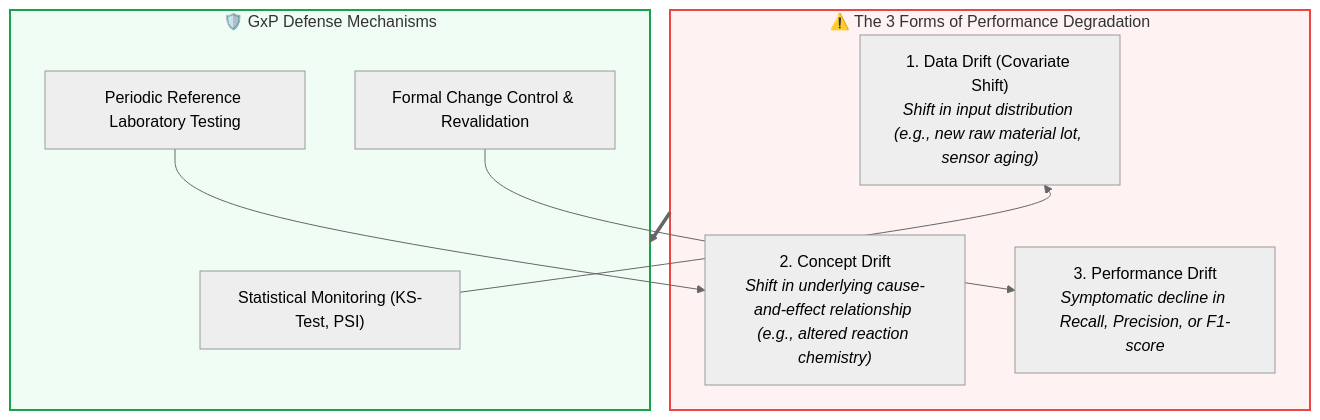
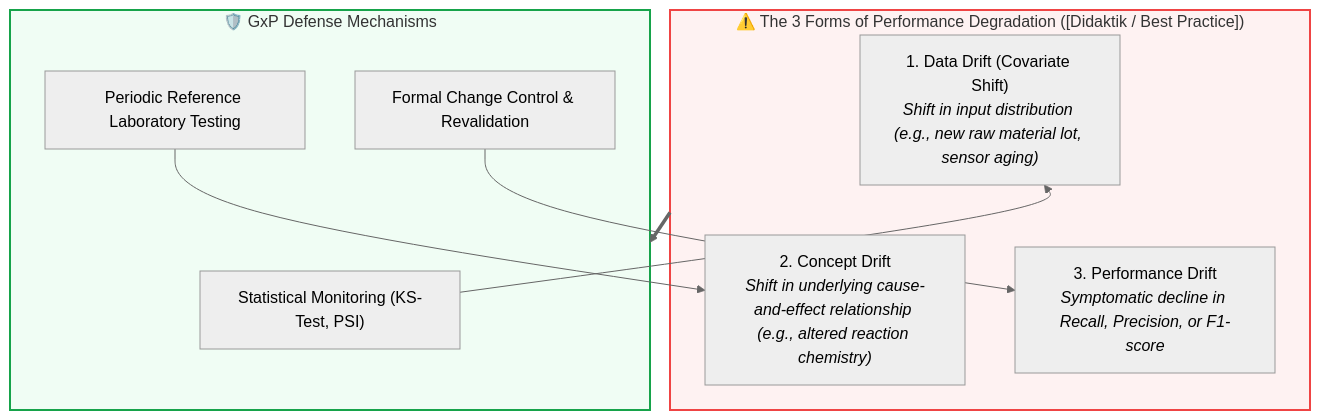
Before and after one commit to Lunaman06/Annex22: the diagram in docs/en/module_11_lifecycle_continuous_monitoring.md, drawn with Mermaid (neutral theme). The commit also changed other lines of this file and 13 other files, not shown here.

````diff
--- a/docs/en/module_11_lifecycle_continuous_monitoring.md
+++ b/docs/en/module_11_lifecycle_continuous_monitoring.md
@@ -23,19 +23,19 @@
 ```mermaid
 flowchart TD
-    subgraph DriftTypes["⚠️ The 3 Forms of Performance Degradation"]
+    subgraph DriftTypes["⚠️ The 3 Forms of Performance Degradation ([Didaktik / Best Practice])"]
         D1["1. Data Drift (Covariate Shift)<br/><i>Shift in input distribution (e.g., new raw material lot, sensor aging)</i>"]
         D2["2. Concept Drift<br/><i>Shift in underlying cause-and-effect relationship (e.g., altered reaction chemistry)</i>"]
         D3["3. Performance Drift<br/><i>Symptomatic decline in Recall, Precision, or F1-score</i>"]
     end
 
     subgraph Defense["🛡️ GxP Defense Mechanisms"]
         C1["Statistical Monitoring (KS-Test, PSI)"] --> D1
         C2["Periodic Reference Laboratory Testing"] --> D2
         C3["Formal Change Control & Revalidation"] --> D3
     end
 
     DriftTypes ==> Defense
 
     style DriftTypes fill:#fef2f2,stroke:#ef4444,stroke-width:2px
     style Defense fill:#f0fdf4,stroke:#16a34a,stroke-width:2px
 ```
````
